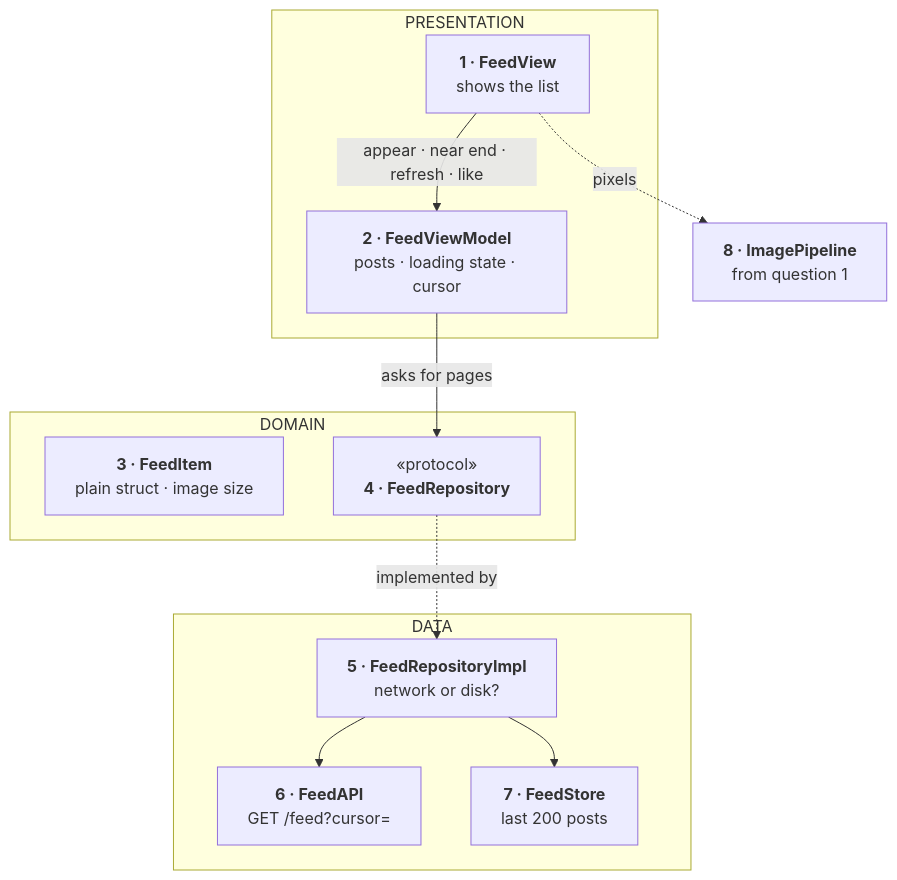
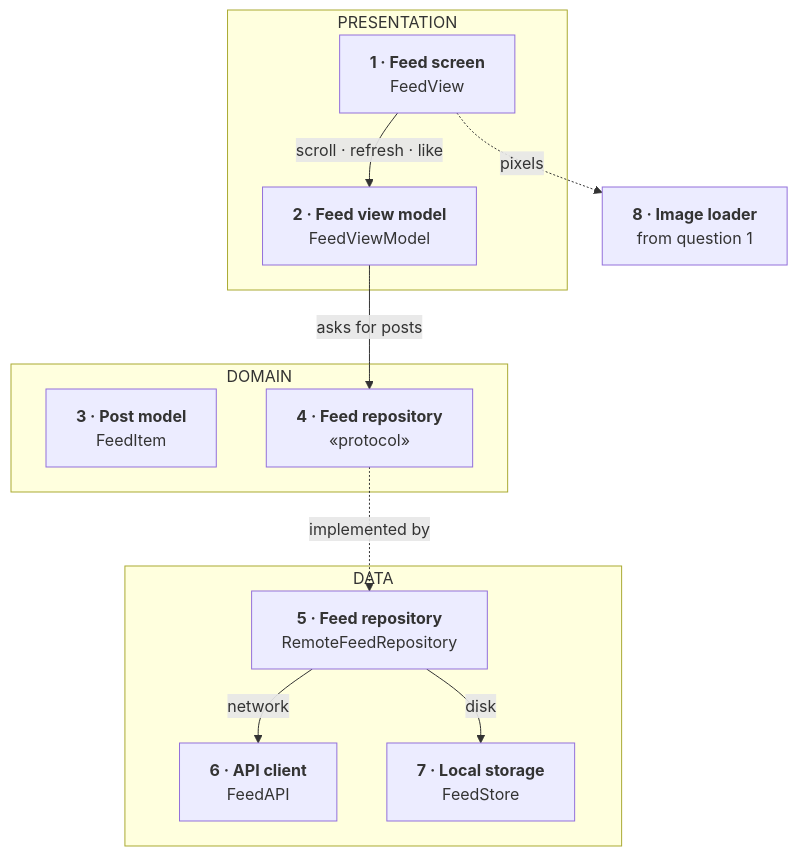
Before and after one commit to rezabina86/reference-desk: the first of 3 diagrams in topics/system-design/02-infinite-photo-feed.md, drawn with Mermaid. The commit also changed other lines of this file and 4 other files, not shown here.

````diff
--- a/topics/system-design/02-infinite-photo-feed.md
+++ b/topics/system-design/02-infinite-photo-feed.md
@@ -118,26 +118,26 @@
 ```mermaid
 flowchart TB
   subgraph P["PRESENTATION"]
-    View["<b>1 · FeedView</b><br/>shows the list"] -- "appear · near end · refresh · like" --> VM["<b>2 · FeedViewModel</b><br/>posts · loading state · cursor"]
+    View["<b>1 · Feed screen</b><br/>FeedView"] -- "scroll · refresh · like" --> VM["<b>2 · Feed view model</b><br/>FeedViewModel"]
   end
   subgraph D["DOMAIN"]
-    Item["<b>3 · FeedItem</b><br/>plain struct · image size"]
-    Repo["«protocol»<br/><b>4 · FeedRepository</b>"]
+    Item["<b>3 · Post model</b><br/>FeedItem"]
+    Repo["<b>4 · Feed repository</b><br/>«protocol»"]
   end
   subgraph DA["DATA"]
-    Impl["<b>5 · FeedRepositoryImpl</b><br/>network or disk?"]
-    API["<b>6 · FeedAPI</b><br/>GET /feed?cursor="]
-    Store["<b>7 · FeedStore</b><br/>last 200 posts"]
+    Impl["<b>5 · Feed repository</b><br/>RemoteFeedRepository"]
+    API["<b>6 · API client</b><br/>FeedAPI"]
+    Store["<b>7 · Local storage</b><br/>FeedStore"]
   end
-  Pipe["<b>8 · ImagePipeline</b><br/>from question 1"]
-  VM -- "asks for pages" --> Repo
+  Pipe["<b>8 · Image loader</b><br/>from question 1"]
+  VM -- "asks for posts" --> Repo
   Repo -. "implemented by" .-> Impl
-  Impl --> API
-  Impl --> Store
+  Impl -- "network" --> API
+  Impl -- "disk" --> Store
   View -. "pixels" .-> Pipe
   class View,VM pres
   class Item,Repo dom
   class Impl,Store data
   class API net
   class Pipe reuse
 ```
````
